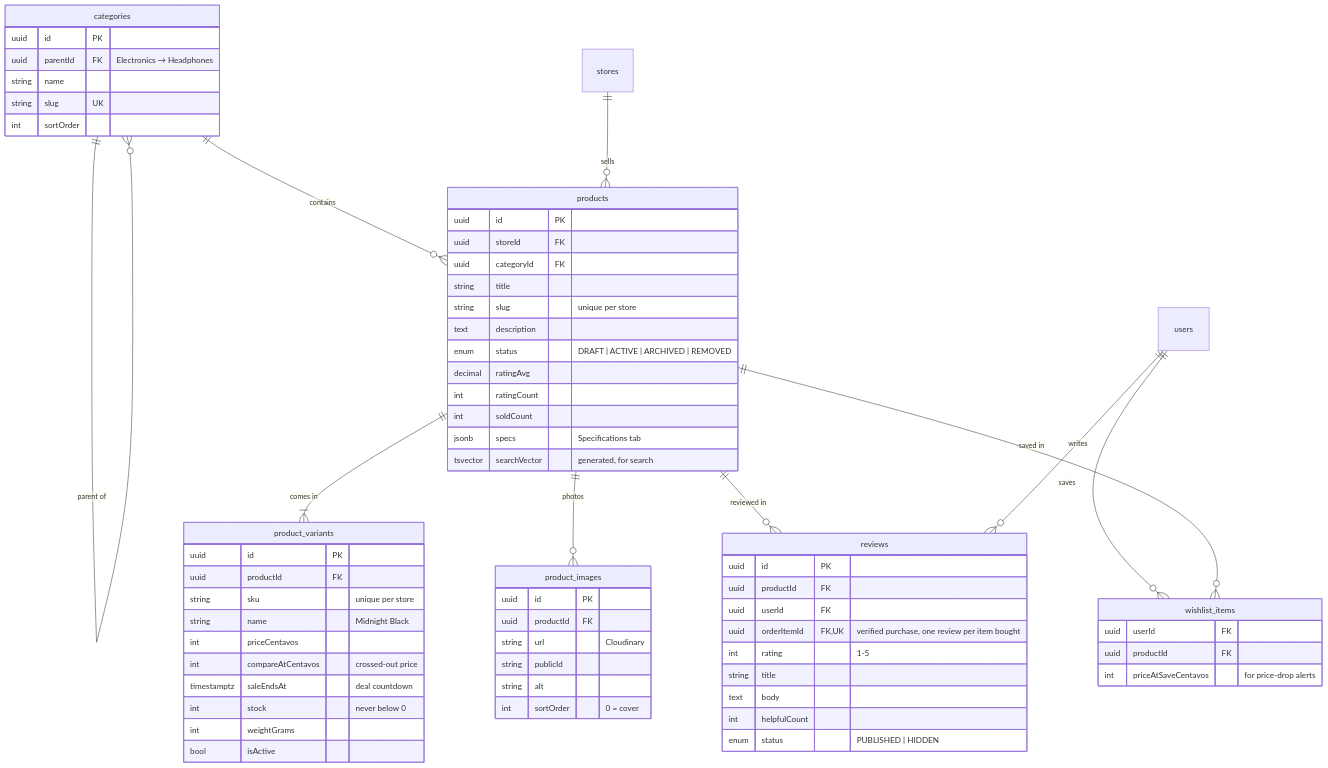
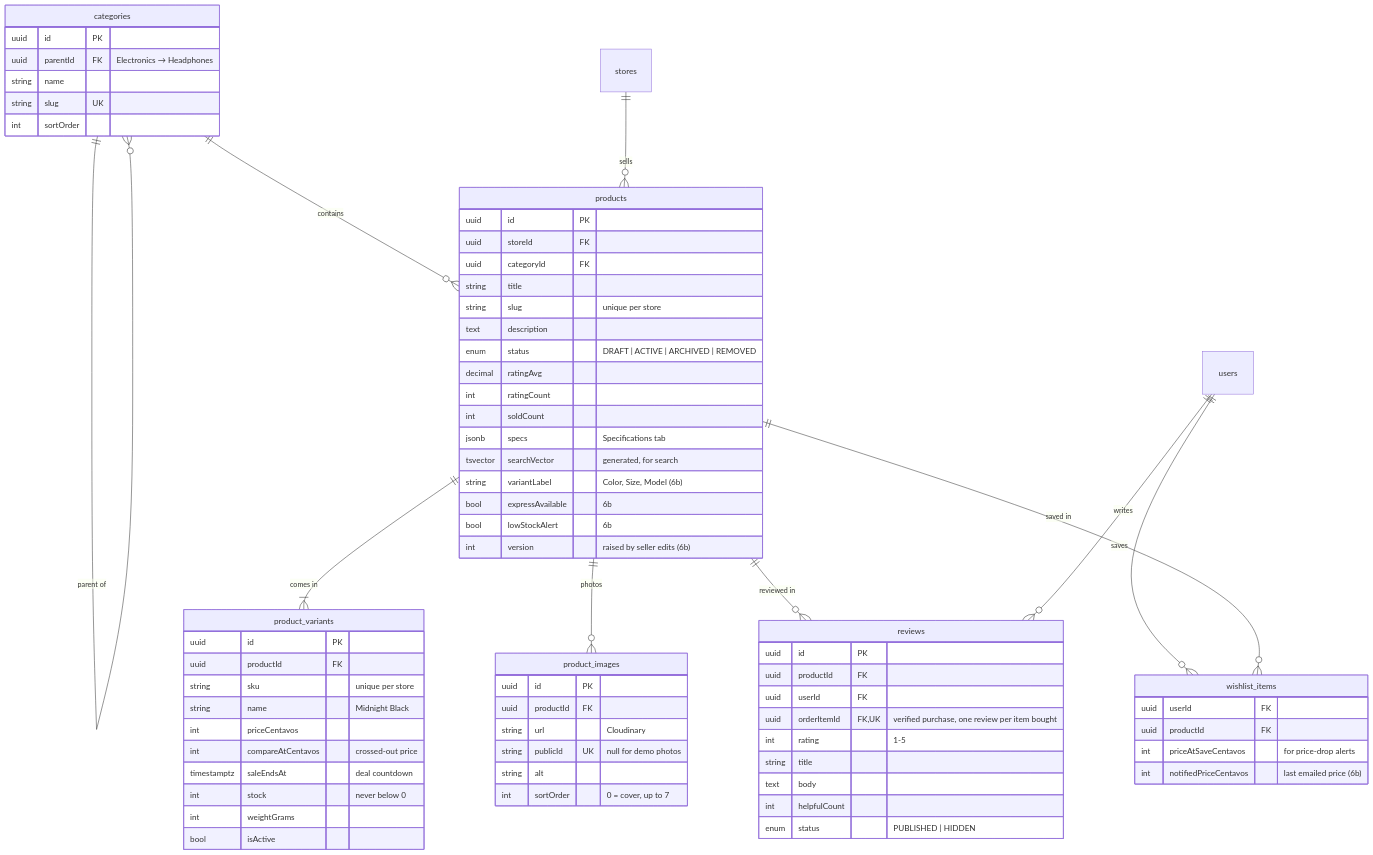
Before and after one commit to Justin-25/E-commerce-FullStack-project: the third of 5 diagrams in backend/docs/database-design.md, drawn with Mermaid. The commit also changed other lines of this file and 29 other files, not shown here.

First line of the commit message:
Add seller products and price-drop emails (milestone 6b)

````diff
--- a/backend/docs/database-design.md
+++ b/backend/docs/database-design.md
@@ -180,69 +183,74 @@
 ```mermaid
 erDiagram
   categories ||--o{ categories : "parent of"
   categories ||--o{ products : "contains"
   stores ||--o{ products : "sells"
   products ||--|{ product_variants : "comes in"
   products ||--o{ product_images : "photos"
   products ||--o{ reviews : "reviewed in"
   users ||--o{ reviews : "writes"
   users ||--o{ wishlist_items : "saves"
   products ||--o{ wishlist_items : "saved in"
   categories {
     uuid id PK
     uuid parentId FK "Electronics → Headphones"
     string name
     string slug UK
     int sortOrder
   }
   products {
     uuid id PK
     uuid storeId FK
     uuid categoryId FK
     string title
     string slug "unique per store"
     text description
     enum status "DRAFT | ACTIVE | ARCHIVED | REMOVED"
     decimal ratingAvg
     int ratingCount
     int soldCount
     jsonb specs "Specifications tab"
     tsvector searchVector "generated, for search"
+    string variantLabel "Color, Size, Model (6b)"
+    bool expressAvailable "6b"
+    bool lowStockAlert "6b"
+    int version "raised by seller edits (6b)"
   }
   product_variants {
     uuid id PK
     uuid productId FK
     string sku "unique per store"
     string name "Midnight Black"
     int priceCentavos
     int compareAtCentavos "crossed-out price"
     timestamptz saleEndsAt "deal countdown"
     int stock "never below 0"
     int weightGrams
     bool isActive
   }
   product_images {
     uuid id PK
     uuid productId FK
     string url "Cloudinary"
-    string publicId
+    string publicId UK "null for demo photos"
     string alt
-    int sortOrder "0 = cover"
+    int sortOrder "0 = cover, up to 7"
   }
   reviews {
     uuid id PK
     uuid productId FK
     uuid userId FK
     uuid orderItemId FK,UK "verified purchase, one review per item bought"
     int rating "1-5"
     string title
     text body
     int helpfulCount
     enum status "PUBLISHED | HIDDEN"
   }
   wishlist_items {
     uuid userId FK
     uuid productId FK
     int priceAtSaveCentavos "for price-drop alerts"
+    int notifiedPriceCentavos "last emailed price (6b)"
   }
 ```
````
